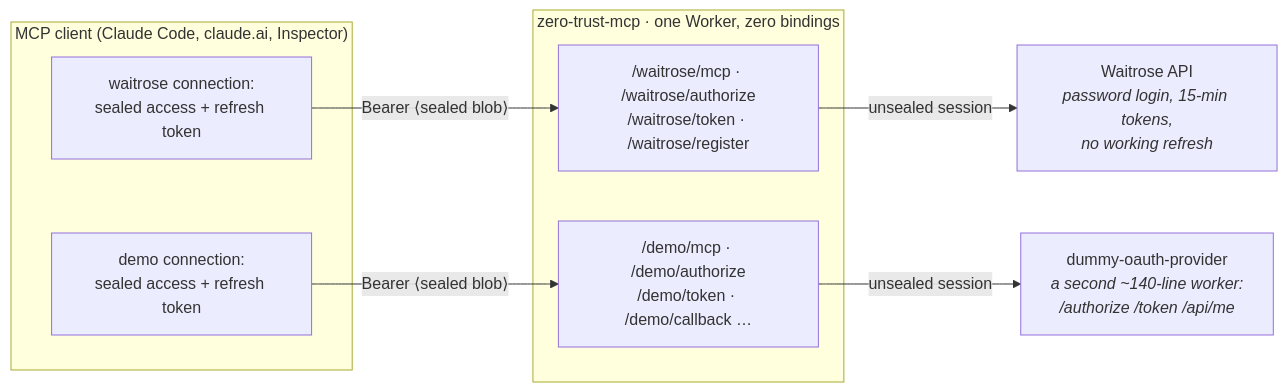
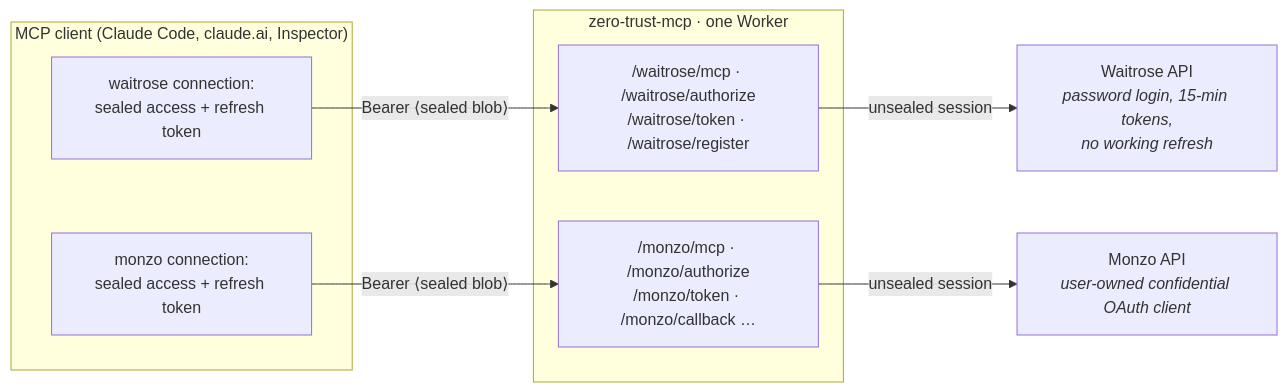
The first of 3 diagrams in README.md (iterate/zero-trust-mcp), drawn with Mermaid before and after one commit. The commit also changed other lines of this file and 20 other files, not shown here.

````diff
--- a/README.md
+++ b/README.md
@@ -40,18 +53,18 @@
 ```mermaid
 flowchart LR
     subgraph Client["MCP client (Claude Code, claude.ai, Inspector)"]
         T1["waitrose connection:<br/>sealed access + refresh token"]
-        T2["demo connection:<br/>sealed access + refresh token"]
+        T2["monzo connection:<br/>sealed access + refresh token"]
     end
-    subgraph Worker["zero-trust-mcp · one Worker, zero bindings"]
+    subgraph Worker["zero-trust-mcp · one Worker"]
         W["/waitrose/mcp · /waitrose/authorize<br/>/waitrose/token · /waitrose/register"]
-        D["/demo/mcp · /demo/authorize<br/>/demo/token · /demo/callback …"]
+        D["/monzo/mcp · /monzo/authorize<br/>/monzo/token · /monzo/callback …"]
     end
     UP1["Waitrose API<br/><i>password login, 15-min tokens,<br/>no working refresh</i>"]
-    UP2["dummy-oauth-provider<br/><i>a second ~140-line worker:<br/>/authorize /token /api/me</i>"]
+    UP2["Monzo API<br/><i>user-owned confidential OAuth client</i>"]
 
     T1 -- "Bearer ⟨sealed blob⟩" --> W
     T2 -- "Bearer ⟨sealed blob⟩" --> D
     W -- "unsealed session" --> UP1
     D -- "unsealed session" --> UP2
 ```
````
